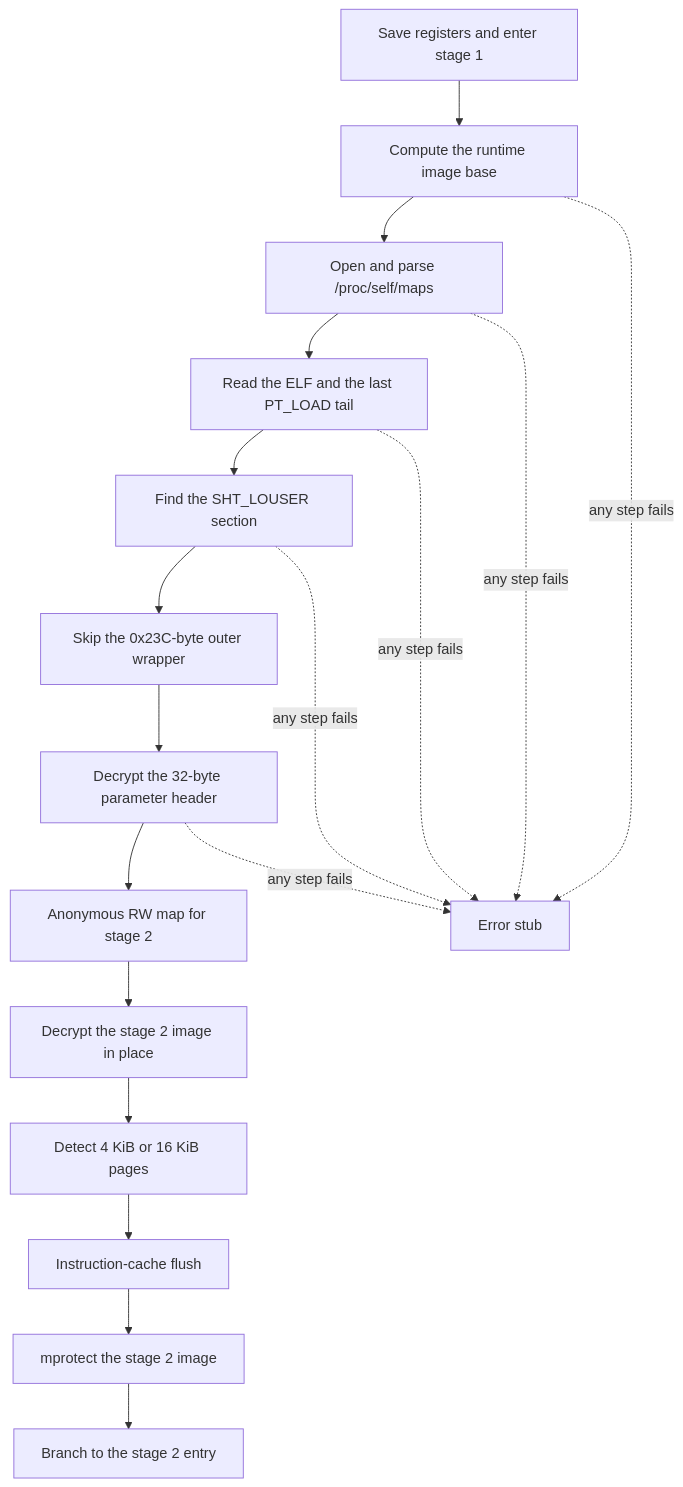
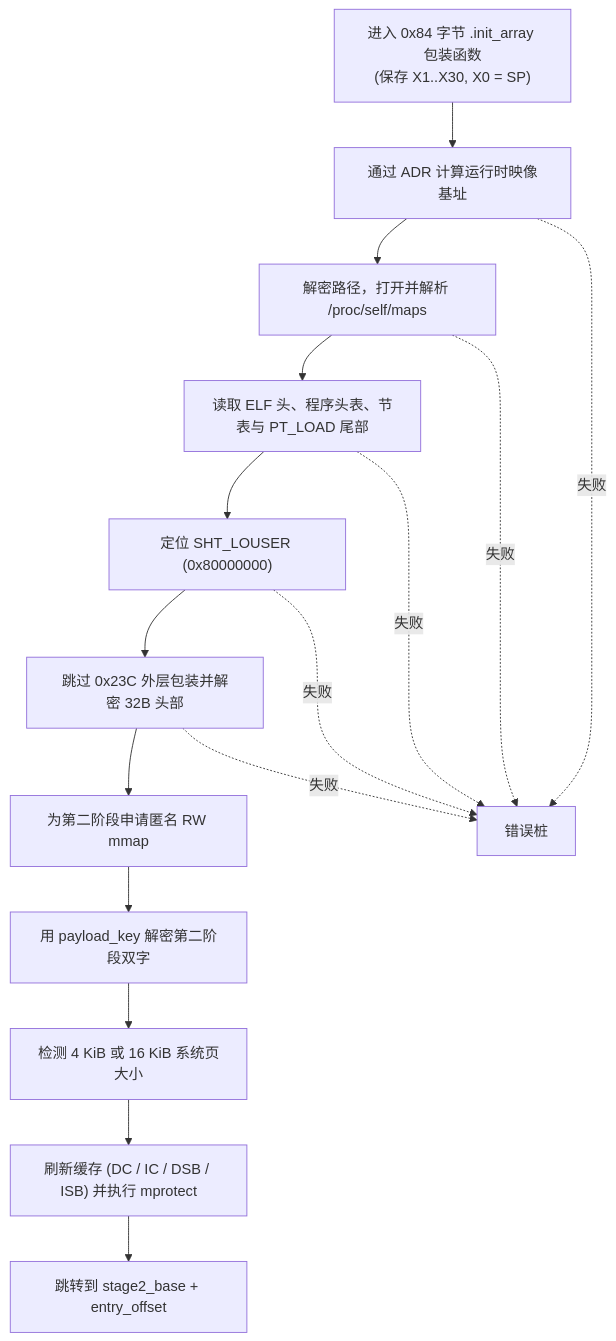
One commit to Momoko-Ayase/crackproof-research changed the diagram in internals/android-so/zh-cn/runtime/stage1-bootstrap.md. Above: the diagram before and after it, drawn with Mermaid. The commit also changed other lines of this file and 446 other files, not shown here.

````diff
--- a/internals/android-so/zh-cn/runtime/stage1-bootstrap.md
+++ b/internals/android-so/zh-cn/runtime/stage1-bootstrap.md
@@ -9,20 +10,18 @@
 ```mermaid
 flowchart TD
-    A["Save registers and enter stage 1"] --> B["Compute the runtime image base"]
-    B --> C["Open and parse /proc/self/maps"]
-    C --> D["Read the ELF and the last PT_LOAD tail"]
-    D --> E["Find the SHT_LOUSER section"]
-    E --> F["Skip the 0x23C-byte outer wrapper"]
-    F --> G["Decrypt the 32-byte parameter header"]
-    G --> H["Anonymous RW map for stage 2"]
-    H --> I["Decrypt the stage 2 image in place"]
-    I --> J["Detect 4 KiB or 16 KiB pages"]
-    J --> K["Instruction-cache flush"]
-    K --> L["mprotect the stage 2 image"]
-    L --> M["Branch to the stage 2 entry"]
-    B -. any step fails .-> X["Error stub"]
-    C -. any step fails .-> X
-    D -. any step fails .-> X
-    E -. any step fails .-> X
-    G -. any step fails .-> X
+    A["进入 0x84 字节 .init_array 包装函数\n(保存 X1..X30, X0 = SP)"] --> B["通过 ADR 计算运行时映像基址"]
+    B --> C["解密路径，打开并解析 /proc/self/maps"]
+    C --> D["读取 ELF 头、程序头表、节表与 PT_LOAD 尾部"]
+    D --> E["定位 SHT_LOUSER (0x80000000)"]
+    E --> F["跳过 0x23C 外层包装并解密 32B 头部"]
+    F --> G["为第二阶段申请匿名 RW mmap"]
+    G --> H["用 payload_key 解密第二阶段双字"]
+    H --> I["检测 4 KiB 或 16 KiB 系统页大小"]
+    I --> J["刷新缓存 (DC / IC / DSB / ISB) 并执行 mprotect"]
+    J --> K["跳转到 stage2_base + entry_offset"]
+    B -. "失败" .-> X["错误桩"]
+    C -. "失败" .-> X
+    D -. "失败" .-> X
+    E -. "失败" .-> X
+    F -. "失败" .-> X
 ```
````
